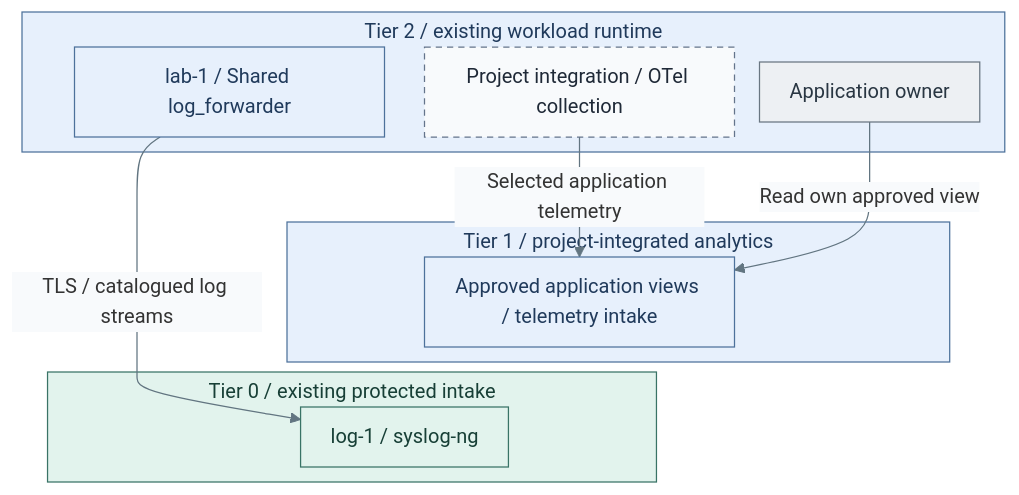
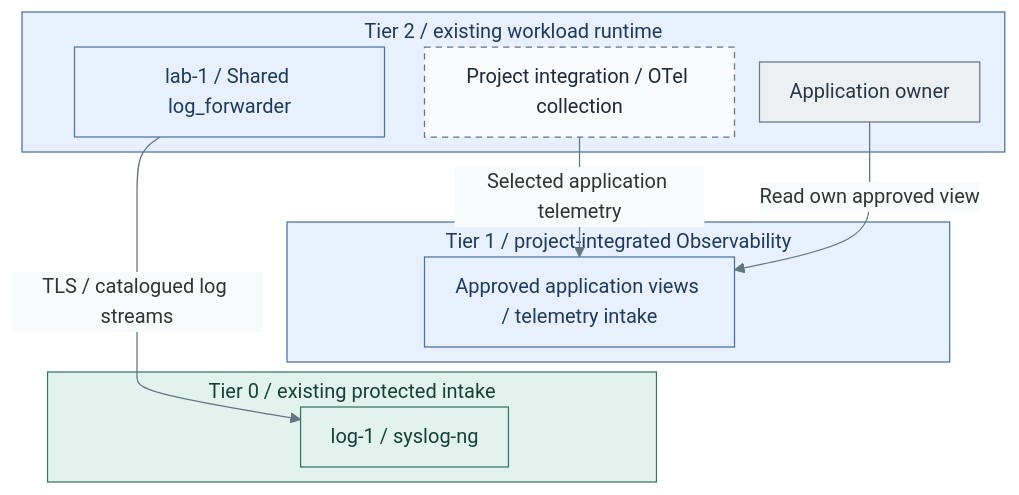
One commit to Rexus/homelab changed the second of 3 diagrams in docs/deployment/stage-6-workloads/telemetry.md. Above: the diagram before and after it, drawn with Mermaid. The commit also changed other lines of this file and 34 other files, not shown here.

````diff
--- a/docs/deployment/stage-6-workloads/telemetry.md
+++ b/docs/deployment/stage-6-workloads/telemetry.md
@@ -59,28 +60,28 @@
 ```mermaid
 %%{init: {"theme":"base","flowchart":{"nodeSpacing":20,"rankSpacing":24,"padding":12,"subGraphTitleMargin":{"top":4,"bottom":12}},"themeVariables":{"lineColor":"#627581","edgeLabelBackground":"#f8fafc"}}}%%
 flowchart TB
   subgraph T2["Tier 2 / existing workload runtime"]
     Collect["lab-1 / Shared log_forwarder"]
     OTel["Project integration / OTel collection"]
     Owner["Application owner"]
   end
-  subgraph T1["Tier 1 / project-integrated analytics"]
+  subgraph T1["Tier 1 / project-integrated Observability"]
     Analytics["Approved application views / telemetry intake"]
   end
   subgraph T0["Tier 0 / existing protected intake"]
     Evidence["log-1 / syslog-ng"]
   end
   Collect -->|TLS / catalogued log streams| Evidence
   OTel -->|Selected application telemetry| Analytics
   Owner -->|Read own approved view| Analytics
   T2 ~~~ T1 ~~~ T0
   classDef default fill:#f8fafc,stroke:#64748b,color:#1f2937
   classDef services fill:#e7f0fc,stroke:#4d719b,color:#203a5b
   classDef control fill:#e2f3ed,stroke:#397366,color:#173f36
   classDef actor fill:#edf0f3,stroke:#697682,color:#293642
   classDef replicas fill:#f8fafc,stroke:#64748b,color:#1f2937,stroke-dasharray:5 4
   class T2,T1,Collect,Analytics services
   class T0,Evidence control
   class OTel replicas
   class Owner actor
 ```
````
